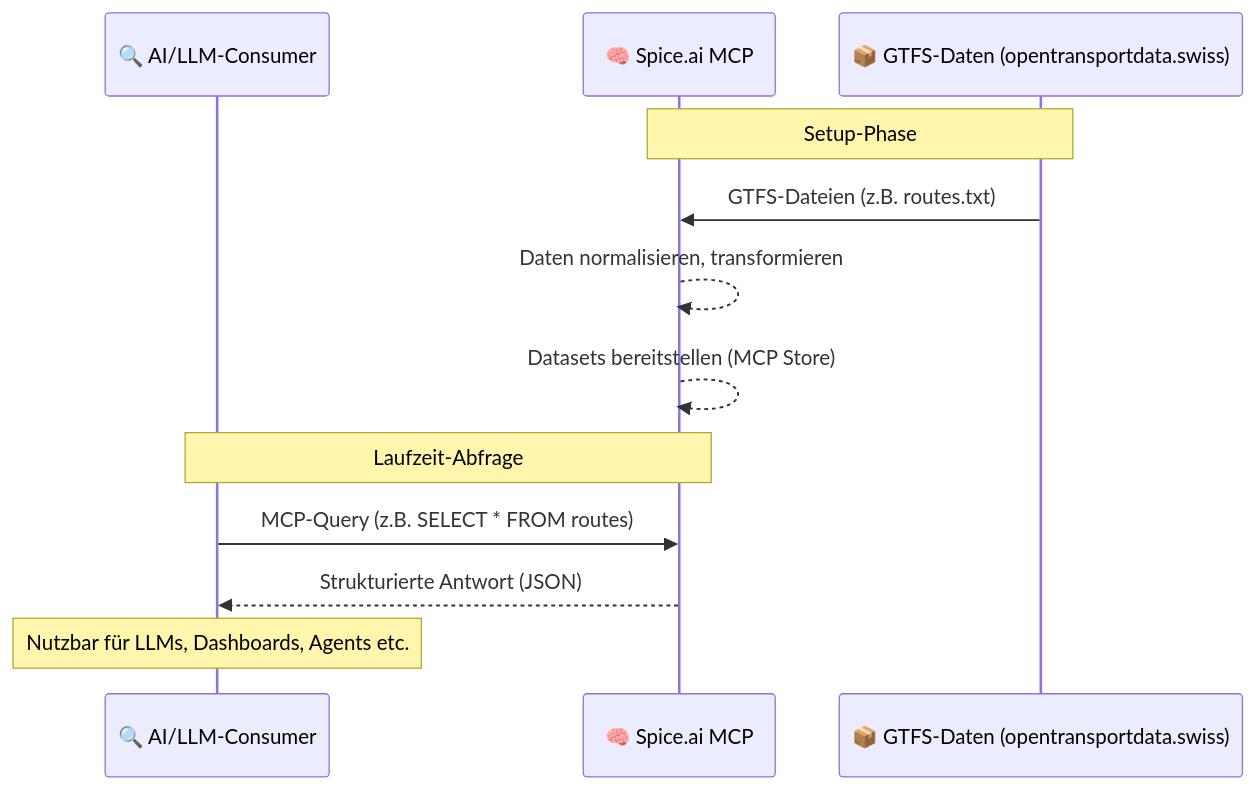
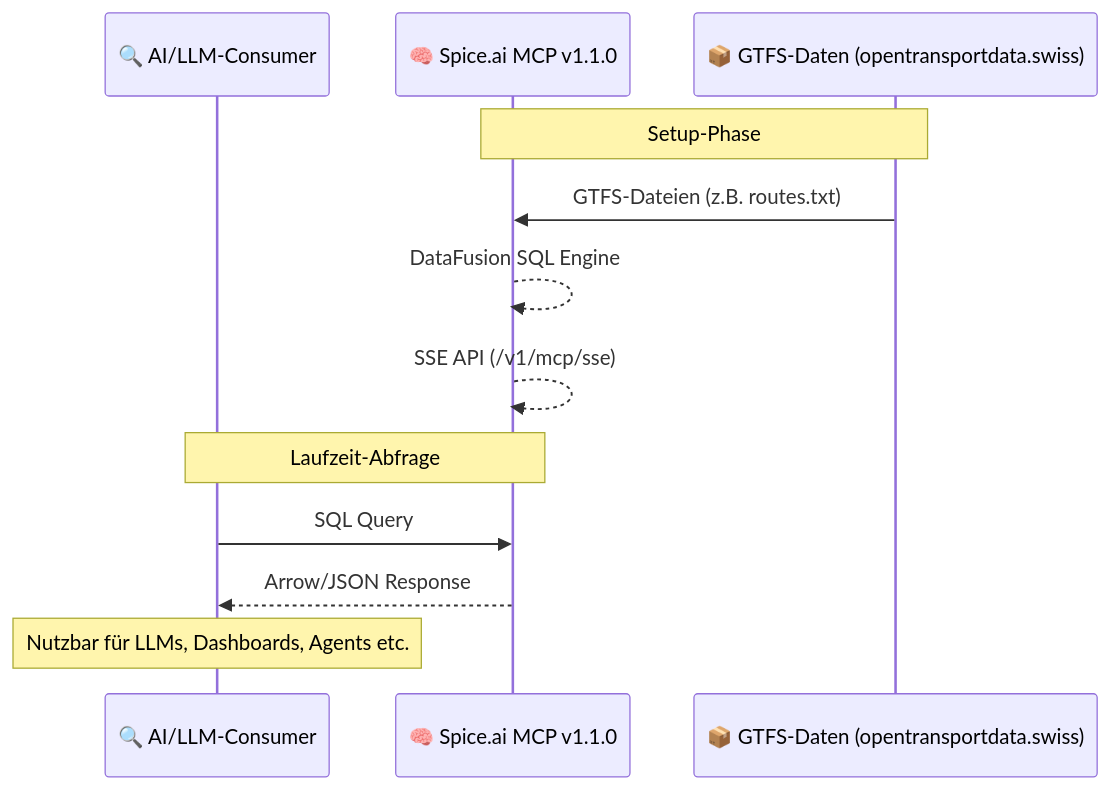
One commit to zvvch/mcp-gtfs changed the first of 2 diagrams in README.md. Above: the diagram before and after it, drawn with Mermaid. The commit also changed other lines of this file and 2 other files, not shown here.

Commit message:
feat: Integriere Spice.ai MCP v1.1.0 mit SSE-API

````diff
--- a/README.md
+++ b/README.md
@@ -14,17 +14,17 @@
 ```mermaid
 sequenceDiagram
     participant UserSystem as 🔍 AI/LLM-Consumer
-    participant MCP as 🧠 Spice.ai MCP
+    participant MCP as 🧠 Spice.ai MCP v1.1.0
     participant GTFS as 📦 GTFS-Daten (opentransportdata.swiss)
 
     Note over GTFS, MCP: Setup-Phase
     GTFS->>MCP: GTFS-Dateien (z.B. routes.txt)
-    MCP-->>MCP: Daten normalisieren, transformieren
-    MCP-->>MCP: Datasets bereitstellen (MCP Store)
+    MCP-->>MCP: DataFusion SQL Engine
+    MCP-->>MCP: SSE API (/v1/mcp/sse)
 
     Note over UserSystem, MCP: Laufzeit-Abfrage
-    UserSystem->>MCP: MCP-Query (z.B. SELECT * FROM routes)
-    MCP-->>UserSystem: Strukturierte Antwort (JSON)
+    UserSystem->>MCP: SQL Query
+    MCP-->>UserSystem: Arrow/JSON Response
 
     Note over UserSystem: Nutzbar für LLMs, Dashboards, Agents etc.
 ```
````
